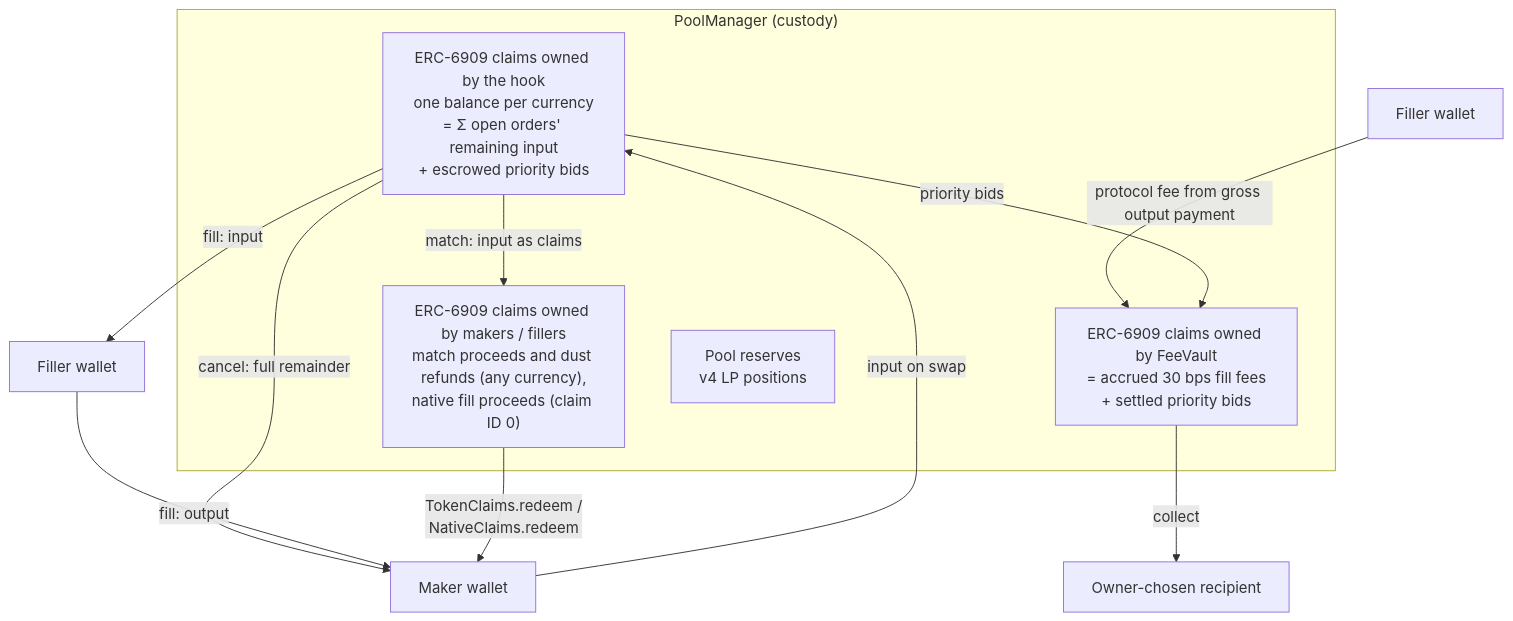
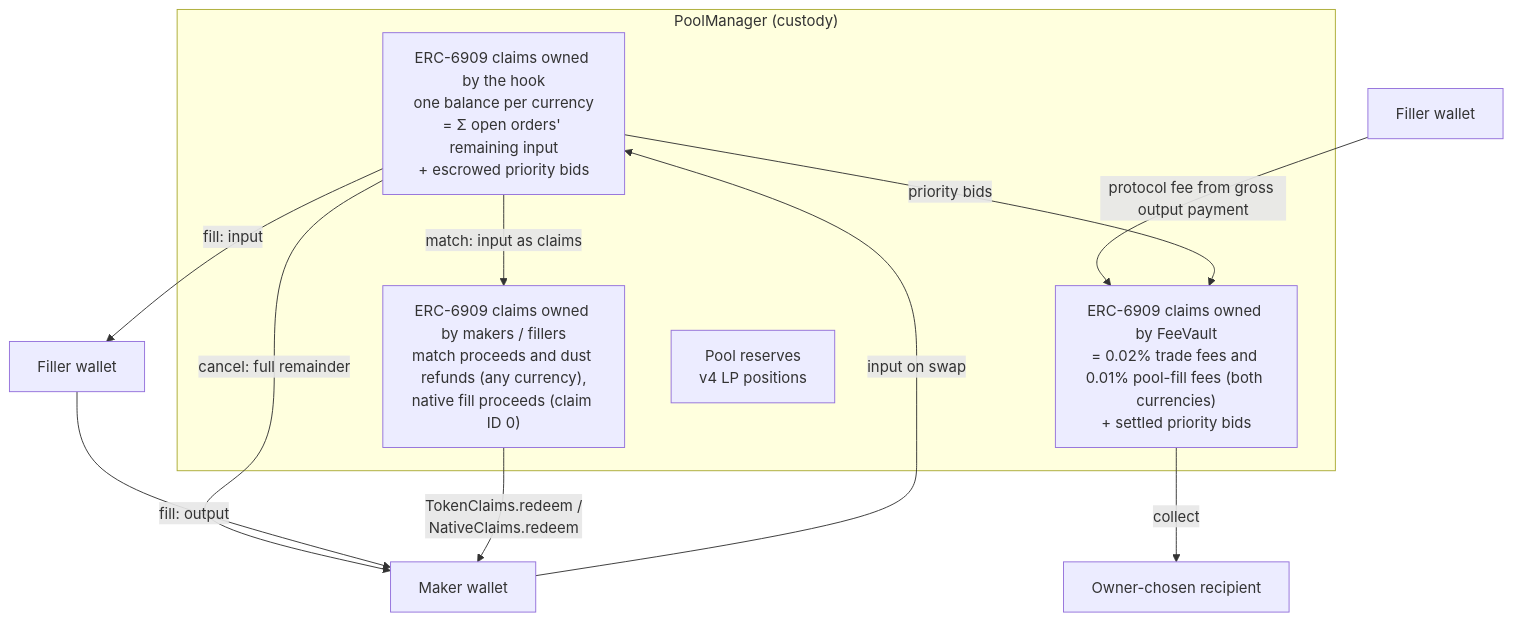
One commit to asyncswap/contracts changed the second of 5 diagrams in assets/md/protocol/overview.md. Above: the diagram before and after it, drawn with Mermaid. The commit also changed other lines of this file and 273 other files, not shown here.

````diff
--- a/assets/md/protocol/overview.md
+++ b/assets/md/protocol/overview.md
@@ -77,18 +77,18 @@
 ```mermaid
 flowchart TB
     subgraph PoolManager["PoolManager (custody)"]
         Escrow["ERC-6909 claims owned by the hook<br/>one balance per currency<br/>= Σ open orders' remaining input<br/>+ escrowed priority bids"]
-        Fees["ERC-6909 claims owned by FeeVault<br/>= accrued 30 bps fill fees<br/>+ settled priority bids"]
+        Fees["ERC-6909 claims owned by FeeVault<br/>= 0.02% trade fees and 0.01% pool-fill fees (both currencies)<br/>+ settled priority bids"]
         User["ERC-6909 claims owned by makers / fillers<br/>match proceeds and dust refunds (any currency),<br/>native fill proceeds (claim ID 0)"]
         Reserves["Pool reserves<br/>v4 LP positions"]
     end
     MakerW["Maker wallet"] -->|input on swap| Escrow
     Escrow -->|cancel: full remainder| MakerW
     Escrow -->|match: input as claims| User
     Escrow -->|fill: input| CounterW["Filler wallet"]
     CounterW -->|fill: output| MakerW
     FillerW["Filler wallet"] -->|protocol fee from gross output payment| Fees
     Escrow -->|priority bids| Fees
     Fees -->|collect| OwnerW["Owner-chosen recipient"]
     User -->|TokenClaims.redeem /<br/>NativeClaims.redeem| MakerW
 ```
````
